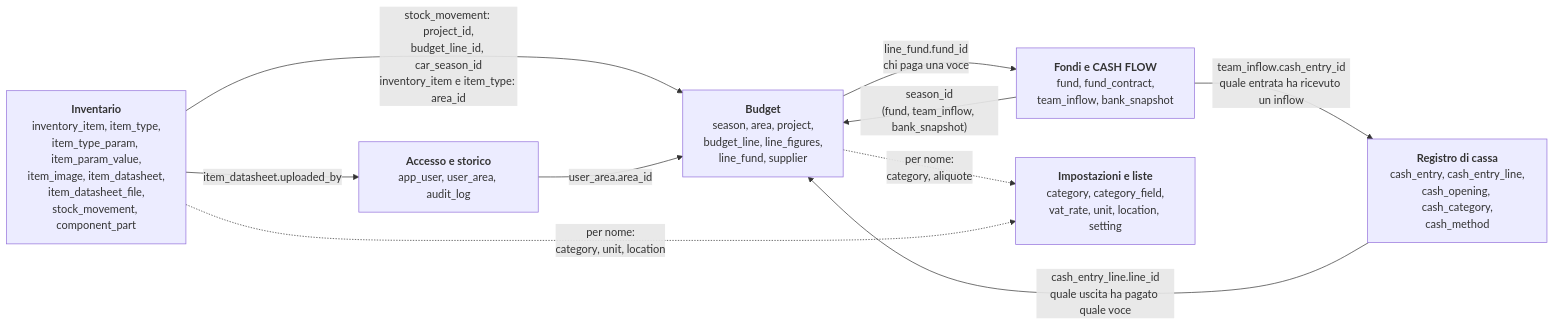
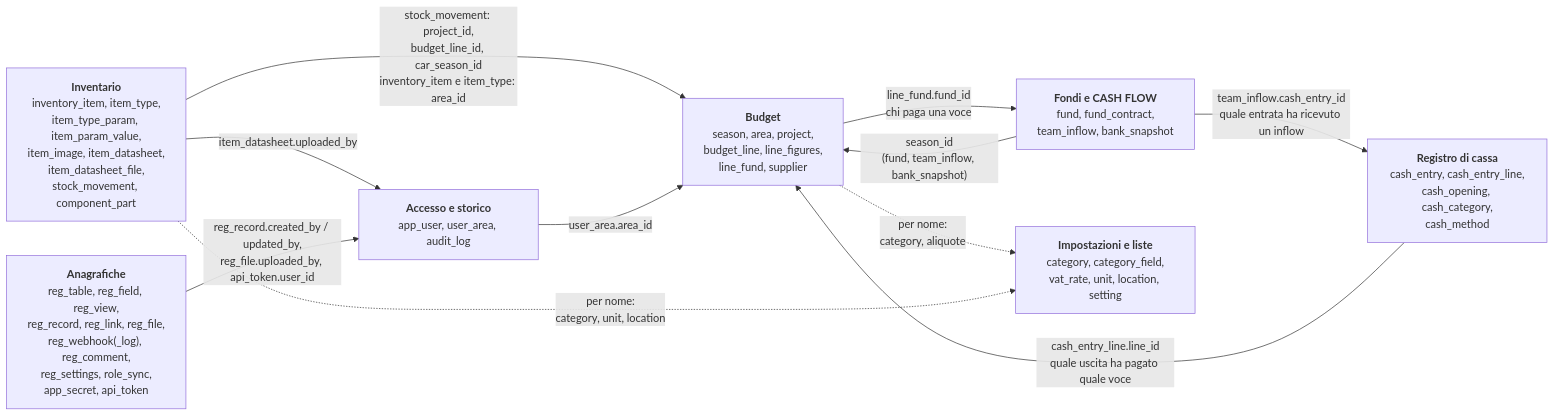
Before and after one commit to KevinRomanello/Simple-configurable-ERP: the first of 7 diagrams in docs/schema-database.md, drawn with Mermaid. The commit also changed other lines of this file and 146 other files, not shown here.

````diff
--- a/docs/schema-database.md
+++ b/docs/schema-database.md
@@ -20,19 +20,21 @@
 ```mermaid
 flowchart LR
   bud["<b>Budget</b><br/>season, area, project,<br/>budget_line, line_figures,<br/>line_fund, supplier"]
   fon["<b>Fondi e CASH FLOW</b><br/>fund, fund_contract,<br/>team_inflow, bank_snapshot"]
   reg["<b>Registro di cassa</b><br/>cash_entry, cash_entry_line,<br/>cash_opening, cash_category,<br/>cash_method"]
   inv["<b>Inventario</b><br/>inventory_item, item_type,<br/>item_type_param, item_param_value,<br/>item_image, item_datasheet,<br/>item_datasheet_file,<br/>stock_movement, component_part"]
   acc["<b>Accesso e storico</b><br/>app_user, user_area, audit_log"]
   set["<b>Impostazioni e liste</b><br/>category, category_field,<br/>vat_rate, unit, location, setting"]
+  ana["<b>Anagrafiche</b><br/>reg_table, reg_field, reg_view,<br/>reg_record, reg_link, reg_file,<br/>reg_webhook(_log), reg_comment,<br/>reg_settings, role_sync,<br/>app_secret, api_token"]
 
   fon -->|"season_id<br/>(fund, team_inflow, bank_snapshot)"| bud
   bud -->|"line_fund.fund_id<br/>chi paga una voce"| fon
   reg -->|"cash_entry_line.line_id<br/>quale uscita ha pagato quale voce"| bud
   fon -->|"team_inflow.cash_entry_id<br/>quale entrata ha ricevuto un inflow"| reg
   inv -->|"stock_movement: project_id,<br/>budget_line_id, car_season_id<br/>inventory_item e item_type: area_id"| bud
   acc -->|"user_area.area_id"| bud
   inv -->|"item_datasheet.uploaded_by"| acc
   bud -.->|"per nome:<br/>category, aliquote"| set
   inv -.->|"per nome:<br/>category, unit, location"| set
+  ana -->|"reg_record.created_by / updated_by,<br/>reg_file.uploaded_by, api_token.user_id"| acc
 ```
````
